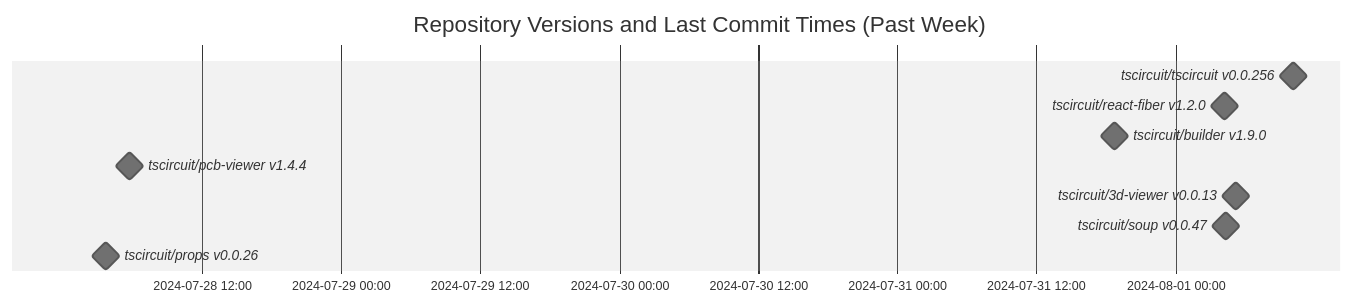
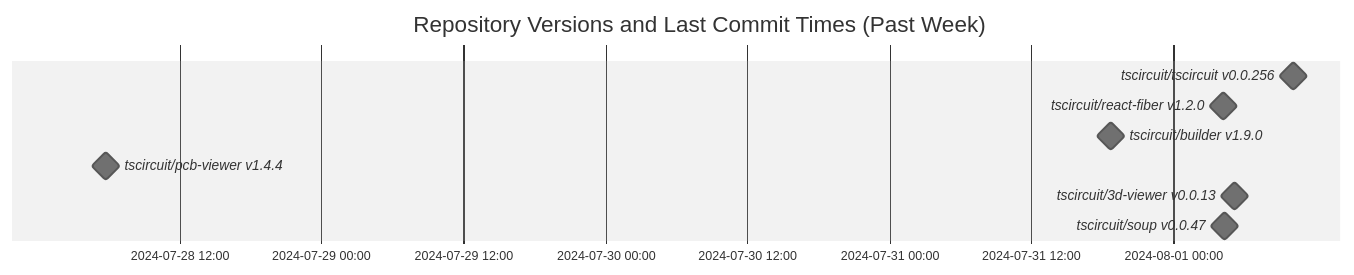
One commit to tscircuit/version-tracker changed the diagram in README.md. Above: the diagram before and after it, drawn with Mermaid (neutral theme).

Commit message:
Update chart

````diff
--- a/README.md
+++ b/README.md
@@ -1,14 +1,13 @@
 ```mermaid
 gantt
   dateFormat  YYYY-MM-DD HH:mm:ss
   title Repository Versions and Last Commit Times (Past Week)
   axisFormat %Y-%m-%d %H:%M
 
   tscircuit/tscircuit v0.0.256 : milestone, 2024-08-01 10:10:27, 1s
   tscircuit/react-fiber v1.2.0 : milestone, 2024-08-01 04:16:00, 1s
   tscircuit/builder v1.9.0 : milestone, 2024-07-31 18:44:54, 1s
   tscircuit/pcb-viewer v1.4.4 : milestone, 2024-07-28 05:46:25, 1s
   tscircuit/3d-viewer v0.0.13 : milestone, 2024-08-01 05:11:44, 1s
   tscircuit/soup v0.0.47 : milestone, 2024-08-01 04:19:38, 1s
-  tscircuit/props v0.0.26 : milestone, 2024-07-28 03:42:14, 1s
 ```
````
